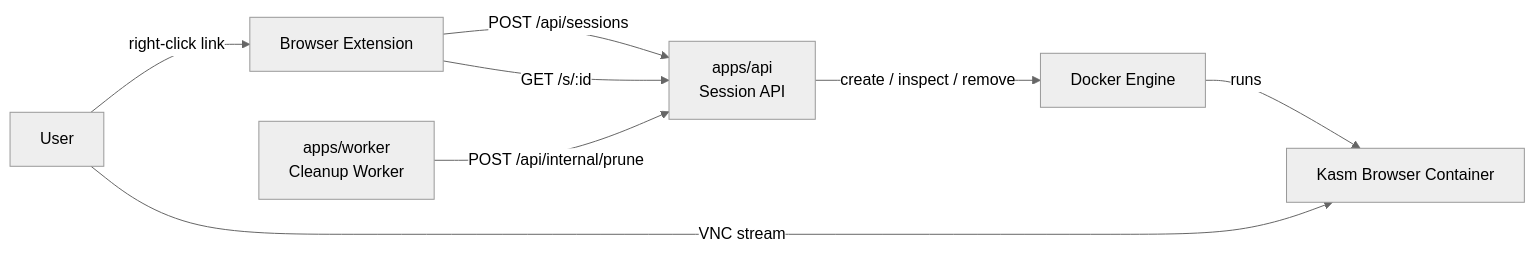
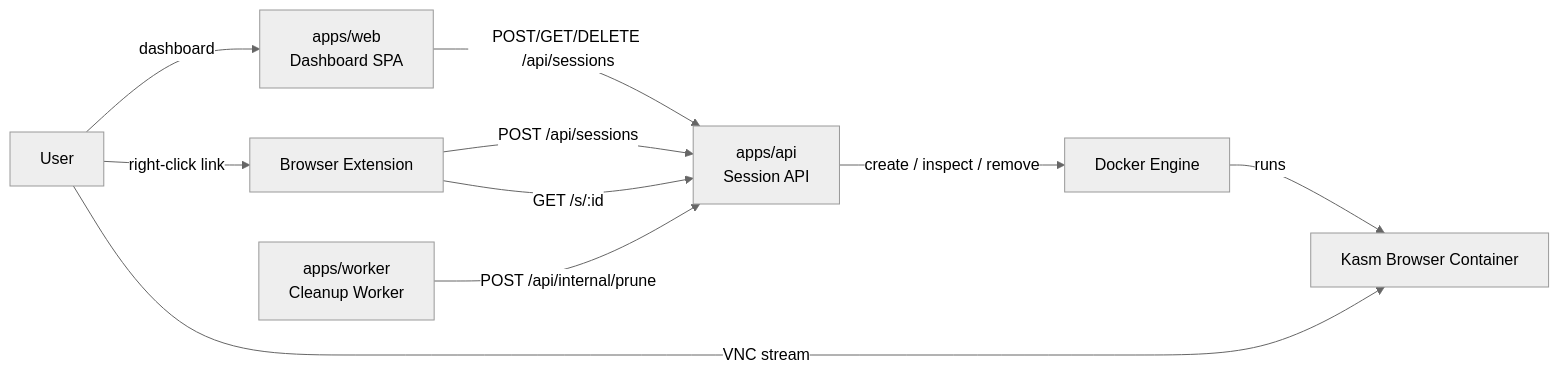
The first of 3 diagrams in docs/architecture.md (dotbrains/airlock), drawn with Mermaid (neutral theme) before and after one commit. The commit also changed other lines of this file and 84 other files, not shown here.

First line of the commit message:
feat: web dashboard, auth, provider deploy adapters, and full docs (#1)

````diff
--- a/docs/architecture.md
+++ b/docs/architecture.md
@@ -5,17 +5,20 @@
 ```mermaid
 flowchart LR
     User[User]
+    Web[apps/web<br/>Dashboard SPA]
     Ext[Browser Extension]
     API[apps/api<br/>Session API]
     Worker[apps/worker<br/>Cleanup Worker]
     Docker[Docker Engine]
     Container[Kasm Browser Container]
 
+    User -- dashboard --> Web
     User -- right-click link --> Ext
+    Web -- POST/GET/DELETE /api/sessions --> API
     Ext -- POST /api/sessions --> API
     Ext -- GET /s/:id --> API
     API -- create / inspect / remove --> Docker
     Docker -- runs --> Container
     User -- VNC stream --> Container
     Worker -- POST /api/internal/prune --> API
 ```
````
